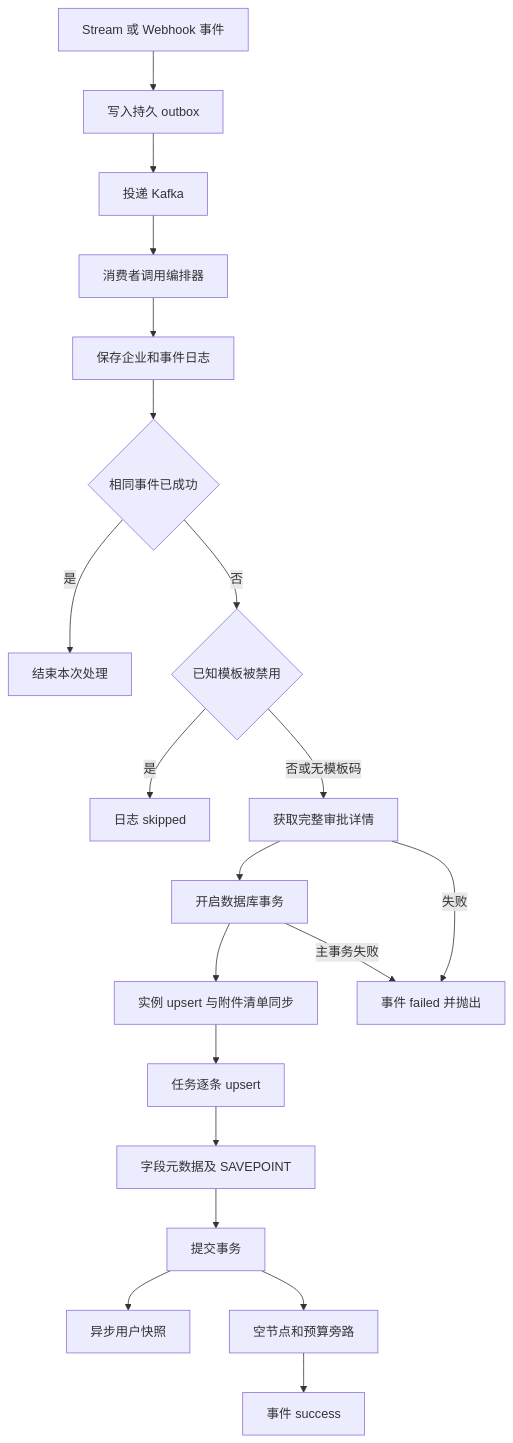
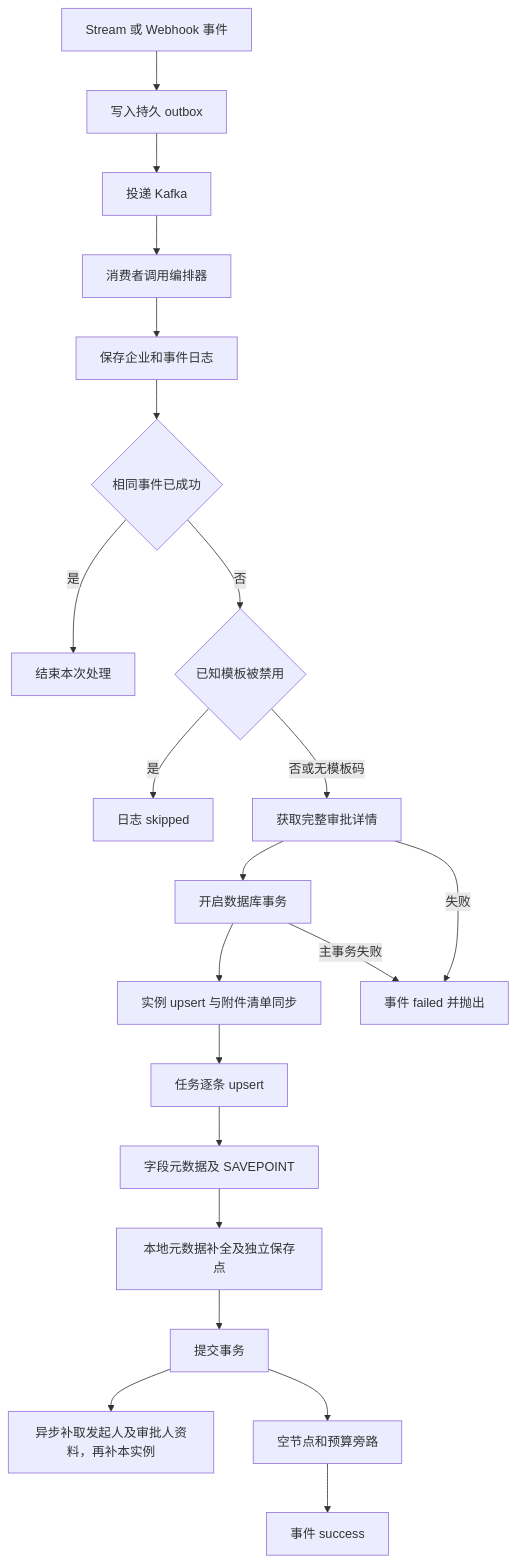
The diagram in docs/modules/approval-ingestion/workflow.md (yueweiit/dingtalk-oa), drawn with Mermaid before and after one commit. The commit also changed 6 other files, not shown here.

````diff
--- a/docs/modules/approval-ingestion/workflow.md
+++ b/docs/modules/approval-ingestion/workflow.md
@@ -7,22 +7,23 @@
 ```mermaid
 flowchart TD
   E["Stream 或 Webhook 事件"] --> O["写入持久 outbox"]
   O --> K["投递 Kafka"]
   K --> C["消费者调用编排器"]
   C --> L["保存企业和事件日志"]
   L --> D{"相同事件已成功"}
   D -->|是| END["结束本次处理"]
   D -->|否| T{"已知模板被禁用"}
   T -->|是| SK["日志 skipped"]
   T -->|否或无模板码| API["获取完整审批详情"]
   API --> TX["开启数据库事务"]
   TX --> I["实例 upsert 与附件清单同步"]
   I --> TASK["任务逐条 upsert"]
   TASK --> F["字段元数据及 SAVEPOINT"]
-  F --> COMMIT["提交事务"]
-  COMMIT --> U["异步用户快照"]
+  F --> META["本地元数据补全及独立保存点"]
+  META --> COMMIT["提交事务"]
+  COMMIT --> U["异步补取发起人及审批人资料，再补本实例"]
   COMMIT --> A["空节点和预算旁路"]
   A --> S["事件 success"]
   API -->|失败| FAIL["事件 failed 并抛出"]
   TX -->|主事务失败| FAIL
 ```
````
